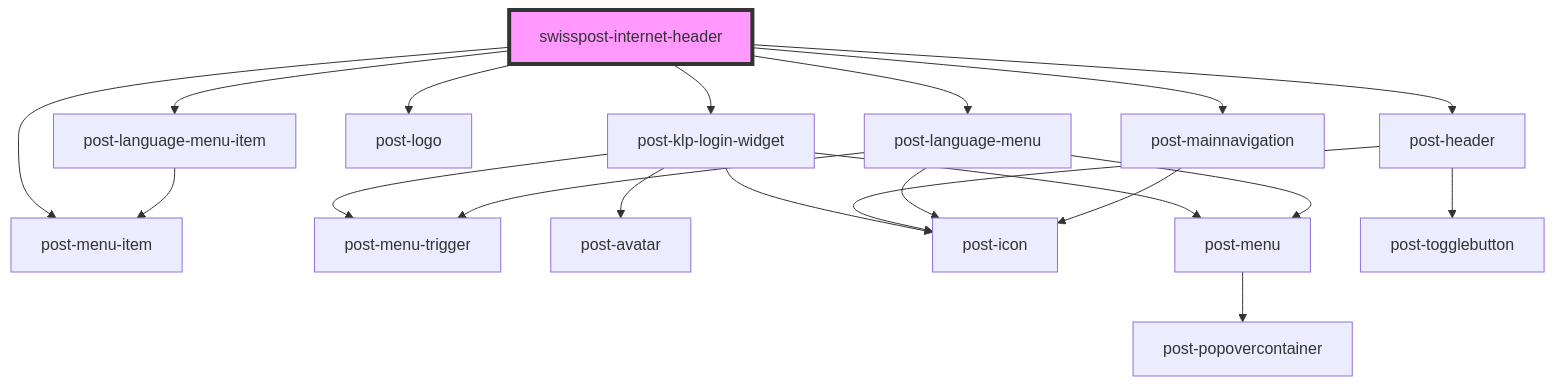
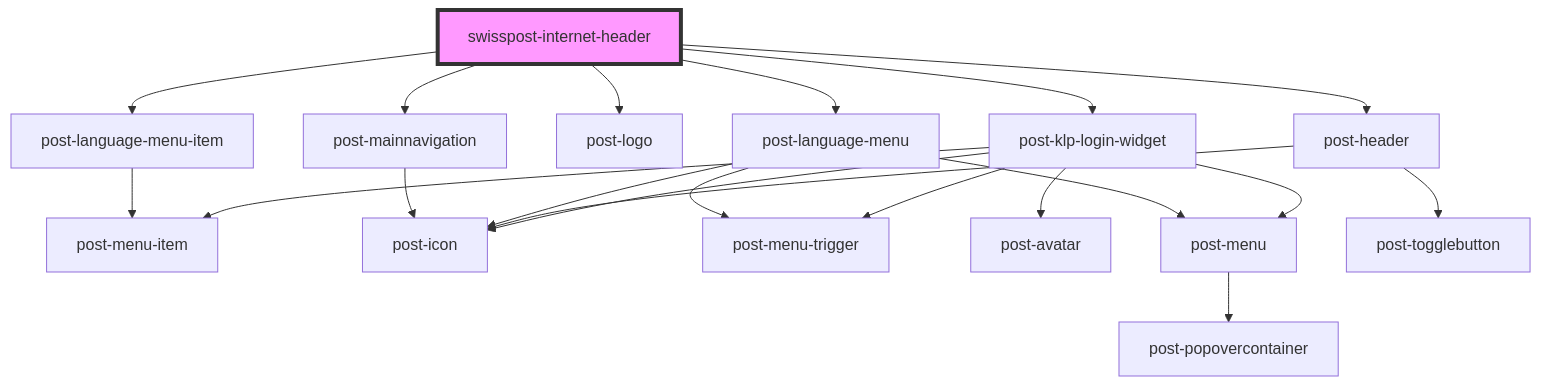
One commit to swisspost/design-system changed the diagram in packages/internet-header/src/components/post-internet-header/readme.md. Above: the diagram before and after it, drawn with Mermaid. The commit also changed other lines of this file and 3 other files, not shown here.

Commit message:
feat(internet-header): pass the configured targets and texts to the login widget

````diff
--- a/packages/internet-header/src/components/post-internet-header/readme.md
+++ b/packages/internet-header/src/components/post-internet-header/readme.md
@@ -46,23 +45,23 @@
 ```mermaid
 graph TD;
-  swisspost-internet-header --> post-menu-item
   swisspost-internet-header --> post-klp-login-widget
   swisspost-internet-header --> post-header
   swisspost-internet-header --> post-logo
   swisspost-internet-header --> post-language-menu
   swisspost-internet-header --> post-language-menu-item
   swisspost-internet-header --> post-mainnavigation
+  post-klp-login-widget --> post-menu-item
+  post-klp-login-widget --> post-icon
   post-klp-login-widget --> post-menu-trigger
   post-klp-login-widget --> post-avatar
-  post-klp-login-widget --> post-icon
   post-klp-login-widget --> post-menu
   post-menu --> post-popovercontainer
   post-header --> post-togglebutton
   post-header --> post-icon
   post-language-menu --> post-menu-trigger
   post-language-menu --> post-icon
   post-language-menu --> post-menu
   post-language-menu-item --> post-menu-item
   post-mainnavigation --> post-icon
   style swisspost-internet-header fill:#f9f,stroke:#333,stroke-width:4px
 ```
````
